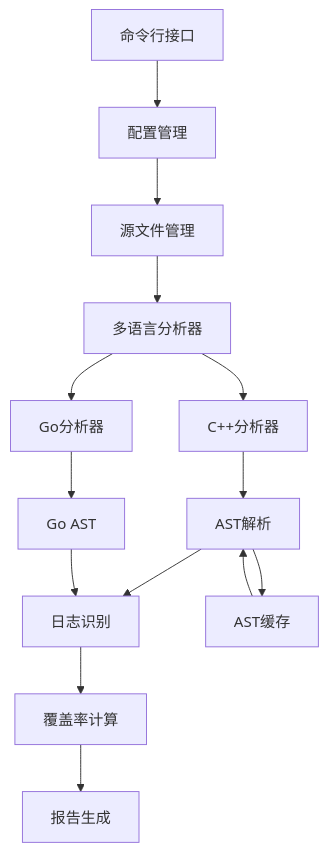
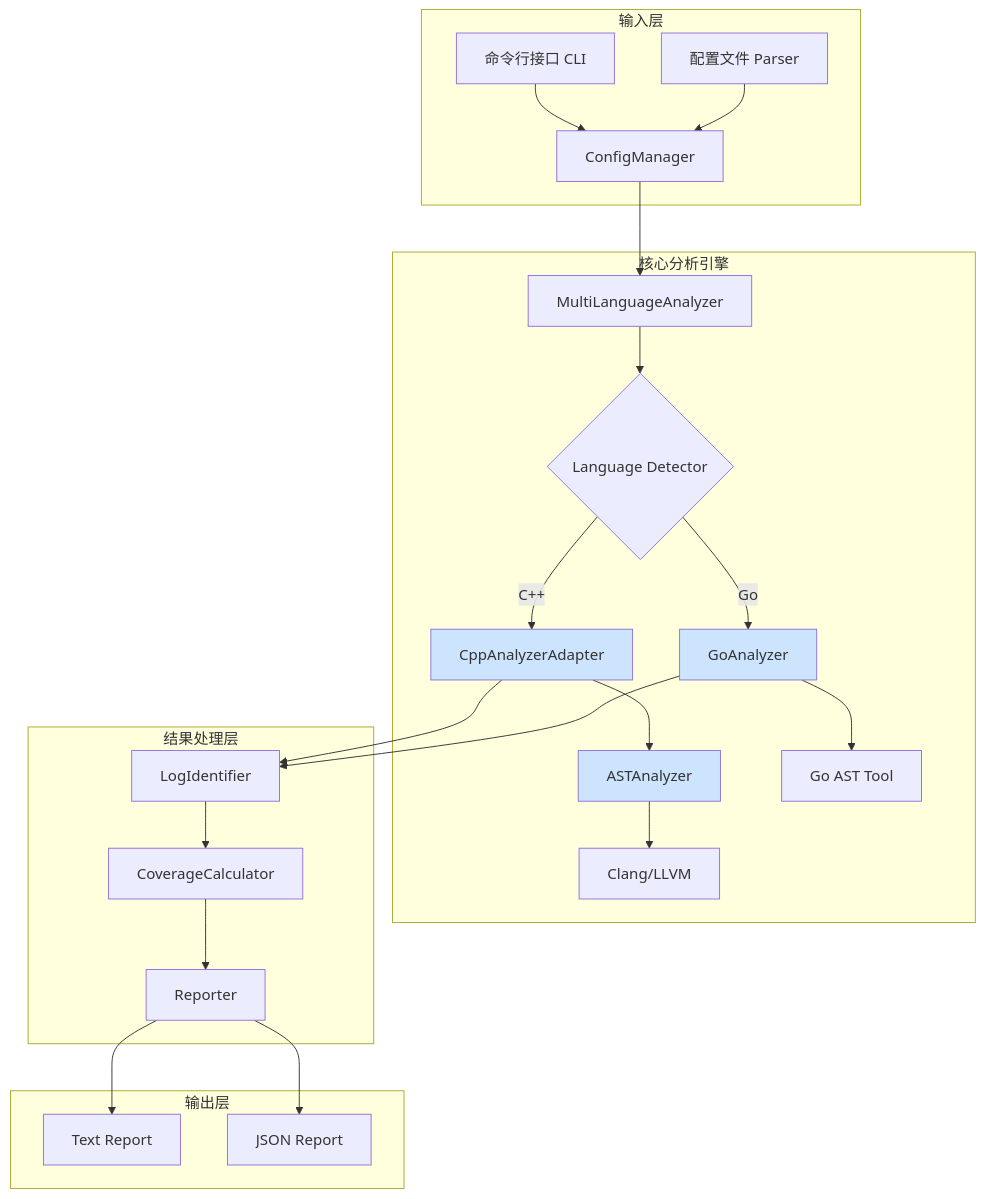
The diagram in README.md (eric2023/dlogcover), drawn with Mermaid before and after one commit. The commit also changed other lines of this file and 15 other files, not shown here.

````diff
--- a/README.md
+++ b/README.md
@@ -468,21 +357,33 @@
 ```mermaid
-graph TB
-    CLI[命令行接口] --> Config[配置管理]
-    Config --> SourceMgr[源文件管理]
-    SourceMgr --> MultiLang[多语言分析器]
-    
-    MultiLang --> CppAnalyzer[C++分析器]
-    MultiLang --> GoAnalyzer[Go分析器]
-    
-    CppAnalyzer --> AST[AST解析]
-    GoAnalyzer --> GoAST[Go AST]
-    
-    AST --> LogId[日志识别]
-    GoAST --> LogId
-    
-    LogId --> Coverage[覆盖率计算]
-    Coverage --> Reporter[报告生成]
-    
-    AST --> Cache[AST缓存]
-    Cache --> AST
+graph TD
+    subgraph "输入层"
+        A[命令行接口 CLI] --> C;
+        B[配置文件 Parser] --> C;
+    end
+
+    subgraph "核心分析引擎"
+        C[ConfigManager] --> D[MultiLanguageAnalyzer];
+        D --> E{Language Detector};
+        E -->|C++| F[CppAnalyzerAdapter];
+        E -->|Go| G[GoAnalyzer];
+        F --> H[ASTAnalyzer];
+        H --> I[Clang/LLVM];
+        G --> J[Go AST Tool];
+    end
+
+    subgraph "结果处理层"
+        F --> K[LogIdentifier];
+        G --> K;
+        K --> L[CoverageCalculator];
+        L --> M[Reporter];
+    end
+
+    subgraph "输出层"
+        M --> N[Text Report];
+        M --> O[JSON Report];
+    end
+
+    style F fill:#cde4ff
+    style G fill:#cde4ff
+    style H fill:#cde4ff
 ```
````
